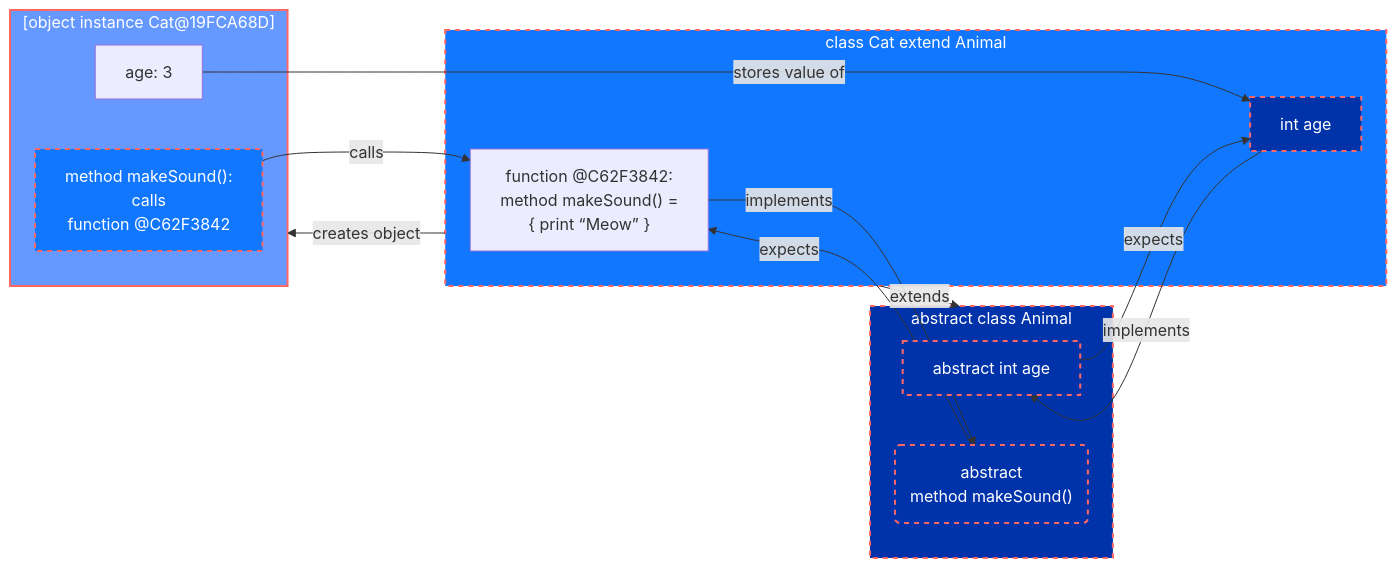
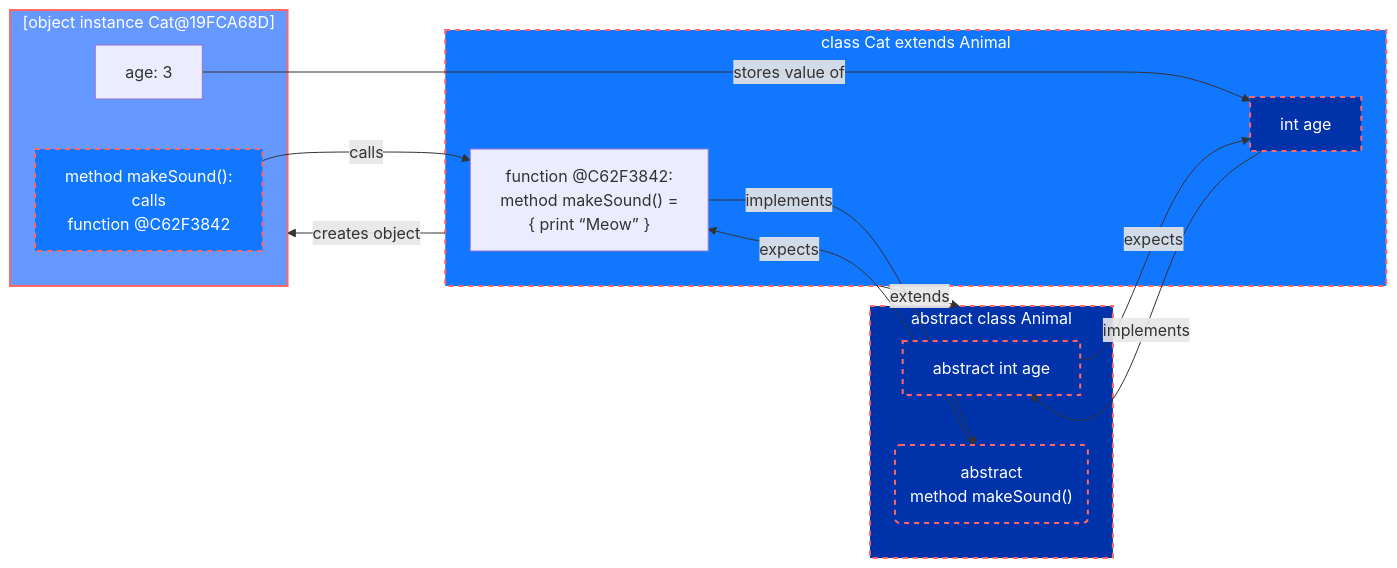
Before and after one commit to realityexpander/How_to_program_from_ground_up: the first of 5 diagrams in 09-ClassOrientedProgramming.md, drawn with Mermaid.

Commit message:
improve spelling

`````diff
--- a/09-ClassOrientedProgramming.md
+++ b/09-ClassOrientedProgramming.md
@@ -28,45 +28,45 @@
     ```mermaid
          flowchart LR
     
         catMakeSoundFunctionPointer -- calls --> catMakeSound
         subgraph catObject["[object instance Cat@19FCA68D]"]
             catAgeData["age: 3"] 
             catMakeSoundFunctionPointer["method makeSound(): 
                                                calls 
                                          function @C62F3842"]
         end
         catAgeData -- stores value of --> catAgeInt
         
         catAbstractAgeInt -- expects --> catAgeInt
         abstractMethodMakeSound -- expects --> catMakeSound
         catAgeInt -- implements --> catAbstractAgeInt
-        subgraph classCat["class Cat extend Animal"]
+        subgraph classCat["class Cat extends Animal"]
             catAgeInt["int age"]
             catMakeSound["function @C62F3842:
                         method makeSound() =
                         { print “Meow” }"]
         end
     
         classCat -- creates object --> catObject
         classCat -- extends --> abstractAnimal
         catMakeSound -- implements --> abstractMethodMakeSound
         subgraph abstractAnimal["abstract class Animal"]
           catAbstractAgeInt["abstract int age"]
           abstractMethodMakeSound("abstract 
                                     method makeSound()")
         end
     
          style abstractAnimal fill:#03A, stroke:#f66, stroke-width:2px, color:#fff, stroke-dasharray: 5 5
          style abstractMethodMakeSound fill:#03A, stroke:#f66, stroke-width:2px, color:#fff, stroke-dasharray: 5 5
          style catAbstractAgeInt fill:#03A, stroke:#f66, stroke-width:2px, color:#fff, stroke-dasharray: 5 5
          
          style classCat fill:#17F, stroke:#f66, stroke-width:2px, color:#fff, stroke-dasharray: 5 5
          style catAgeInt fill:#03A, stroke:#f66, stroke-width:2px, color:#fff, stroke-dasharray: 5 5
          
          style catMakeSoundFunctionPointer fill:#17F, stroke:#f66, stroke-width:2px, color:#fff, stroke-dasharray: 5 5
          
          style catObject fill:#69F, stroke:#f66, stroke-width:2px, color:#fff
          style catMakeSoundFunctionPointer stroke-dasharray: 5 5, stroke:#f66, stroke-width:2px
          style catAbstractAgeInt stroke-dasharray: 5 5, stroke:#f66, stroke-width:2px
          style catAgeInt stroke-dasharray: 5 5, stroke:#f66, stroke-width:2px
     ````
`````
